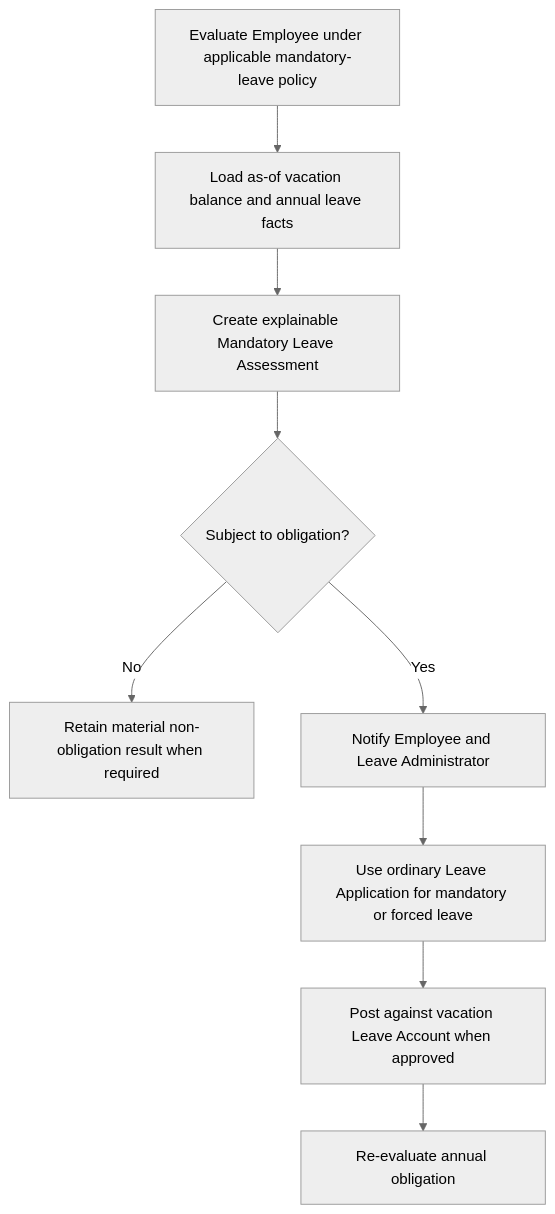
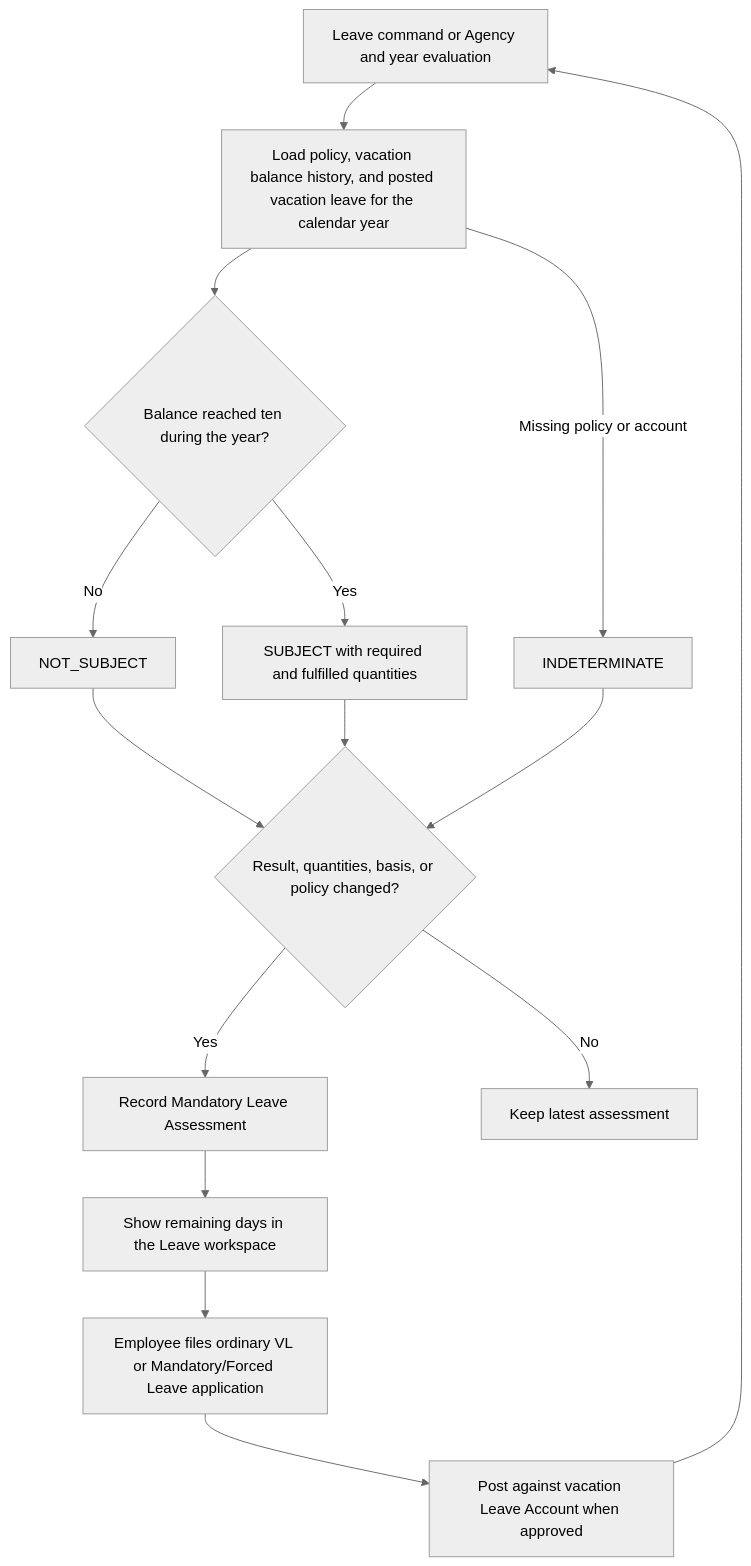
The tenth of 18 diagrams in docs/mvp-workflows.md (systemeror12/lingkod-hr), drawn with Mermaid (neutral theme) before and after one commit. The commit also changed other lines of this file and 6 other files, not shown here.

First line of the commit message:
Record mandatory-leave decisions: fulfillment, threshold, triggers, no forfeiture (#439)

````diff
--- a/docs/mvp-workflows.md
+++ b/docs/mvp-workflows.md
@@ -444,11 +444,17 @@
 ```mermaid
 flowchart TD
-    A[Evaluate Employee under applicable mandatory-leave policy] --> B[Load as-of vacation balance and annual leave facts]
-    B --> C[Create explainable Mandatory Leave Assessment]
-    C --> D{Subject to obligation?}
-    D -- No --> E[Retain material non-obligation result when required]
-    D -- Yes --> F[Notify Employee and Leave Administrator]
-    F --> G[Use ordinary Leave Application for mandatory or forced leave]
-    G --> H[Post against vacation Leave Account when approved]
-    H --> I[Re-evaluate annual obligation]
+    A[Leave command or Agency and year evaluation] --> B[Load policy, vacation balance history, and posted vacation leave for the calendar year]
+    B --> C{Balance reached ten during the year?}
+    C -- No --> D[NOT_SUBJECT]
+    C -- Yes --> E[SUBJECT with required and fulfilled quantities]
+    B -- Missing policy or account --> F[INDETERMINATE]
+    D --> G{Result, quantities, basis, or policy changed?}
+    E --> G
+    F --> G
+    G -- Yes --> H[Record Mandatory Leave Assessment]
+    G -- No --> I[Keep latest assessment]
+    H --> J[Show remaining days in the Leave workspace]
+    J --> K[Employee files ordinary VL or Mandatory/Forced Leave application]
+    K --> L[Post against vacation Leave Account when approved]
+    L --> A
 ```
````
